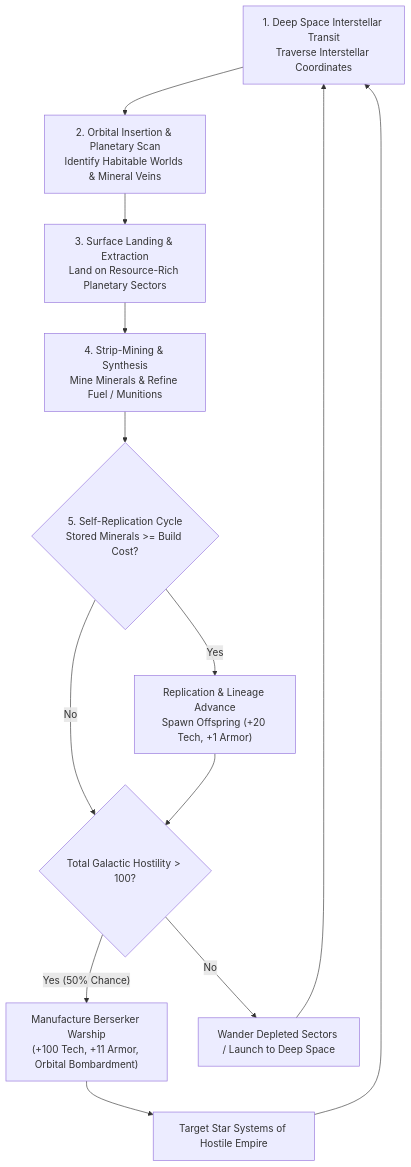
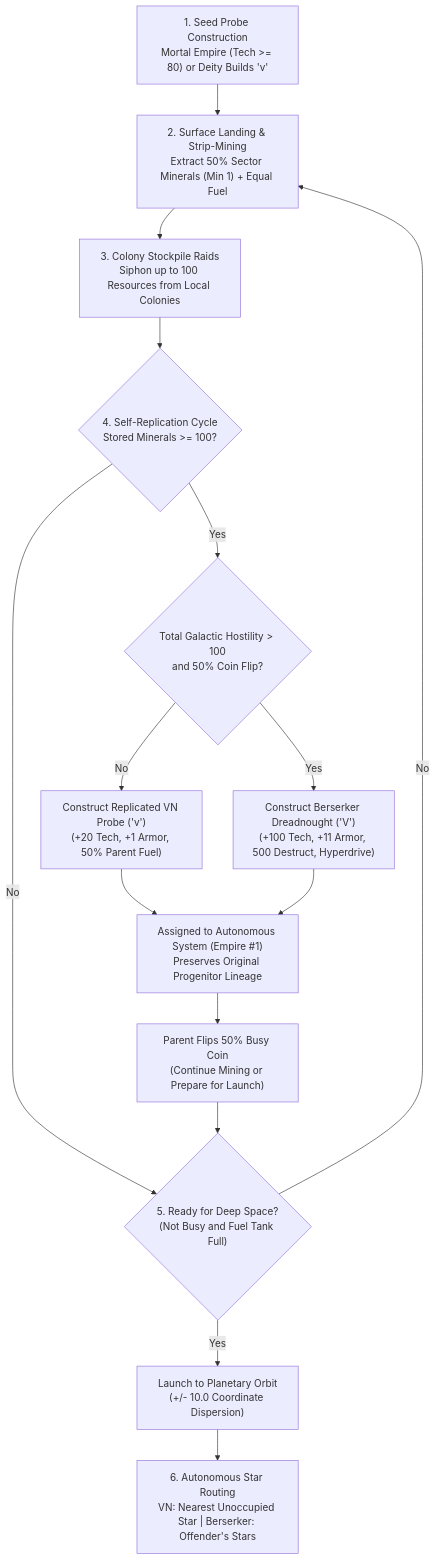
The diagram in docs/von_neumann.md (kaladron/galactic-bloodshed), drawn with Mermaid before and after one commit. The commit also changed other lines of this file and 4 other files, not shown here.

First line of the commit message:
commands,docs: support disembodied deity in profile and document VN lineage

````diff
--- a/docs/von_neumann.md
+++ b/docs/von_neumann.md
@@ -9,15 +9,17 @@
 ```mermaid
 flowchart TD
-    Deep["1. Deep Space Interstellar Transit\nTraverse Interstellar Coordinates"] --> Orbit["2. Orbital Insertion & Planetary Scan\nIdentify Habitable Worlds & Mineral Veins"]
-    Orbit --> Land["3. Surface Landing & Extraction\nLand on Resource-Rich Planetary Sectors"]
-    Land --> Mine["4. Strip-Mining & Synthesis\nMine Minerals & Refine Fuel / Munitions"]
-    Mine --> Rep{"5. Self-Replication Cycle\nStored Minerals >= Build Cost?"}
-    Rep -->|Yes| Spawn["Replication & Lineage Advance\nSpawn Offspring (+20 Tech, +1 Armor)"]
-    Rep -->|No| CheckHostile{"Total Galactic Hostility > 100?"}
-    Spawn --> CheckHostile
-    CheckHostile -->|"Yes (50% Chance)"| Berserk["Manufacture Berserker Warship\n(+100 Tech, +11 Armor, Orbital Bombardment)"]
-    CheckHostile -->|No| Roam["Wander Depleted Sectors / Launch to Deep Space"]
-    Berserk --> Hunt["Target Star Systems of Hostile Empire"]
-    Roam --> Deep
-    Hunt --> Deep
+    Seed["1. Seed Probe Construction\nMortal Empire (Tech >= 80) or Deity Builds 'v'"] --> Land["2. Surface Landing & Strip-Mining\nExtract 50% Sector Minerals (Min 1) + Equal Fuel"]
+    Land --> Raid["3. Colony Stockpile Raids\nSiphon up to 100 Resources from Local Colonies"]
+    Raid --> Rep{"4. Self-Replication Cycle\nStored Minerals >= 100?"}
+    Rep -->|Yes| Hostile{"Total Galactic Hostility > 100\nand 50% Coin Flip?"}
+    Hostile -->|No| SpawnVN["Construct Replicated VN Probe ('v')\n(+20 Tech, +1 Armor, 50% Parent Fuel)"]
+    Hostile -->|Yes| SpawnBers["Construct Berserker Dreadnought ('V')\n(+100 Tech, +11 Armor, 500 Destruct, Hyperdrive)"]
+    SpawnVN --> SysOwn["Assigned to Autonomous System (Empire #1)\nPreserves Original Progenitor Lineage"]
+    SpawnBers --> SysOwn
+    SysOwn --> BusyFlip["Parent Flips 50% Busy Coin\n(Continue Mining or Prepare for Launch)"]
+    Rep -->|No| LaunchCheck{"5. Ready for Deep Space?\n(Not Busy and Fuel Tank Full)"}
+    BusyFlip --> LaunchCheck
+    LaunchCheck -->|Yes| Launch["Launch to Planetary Orbit\n(+/- 10.0 Coordinate Dispersion)"]
+    LaunchCheck -->|No| Land
+    Launch --> Route["6. Autonomous Star Routing\nVN: Nearest Unoccupied Star | Berserker: Offender's Stars"]
 ```
````
